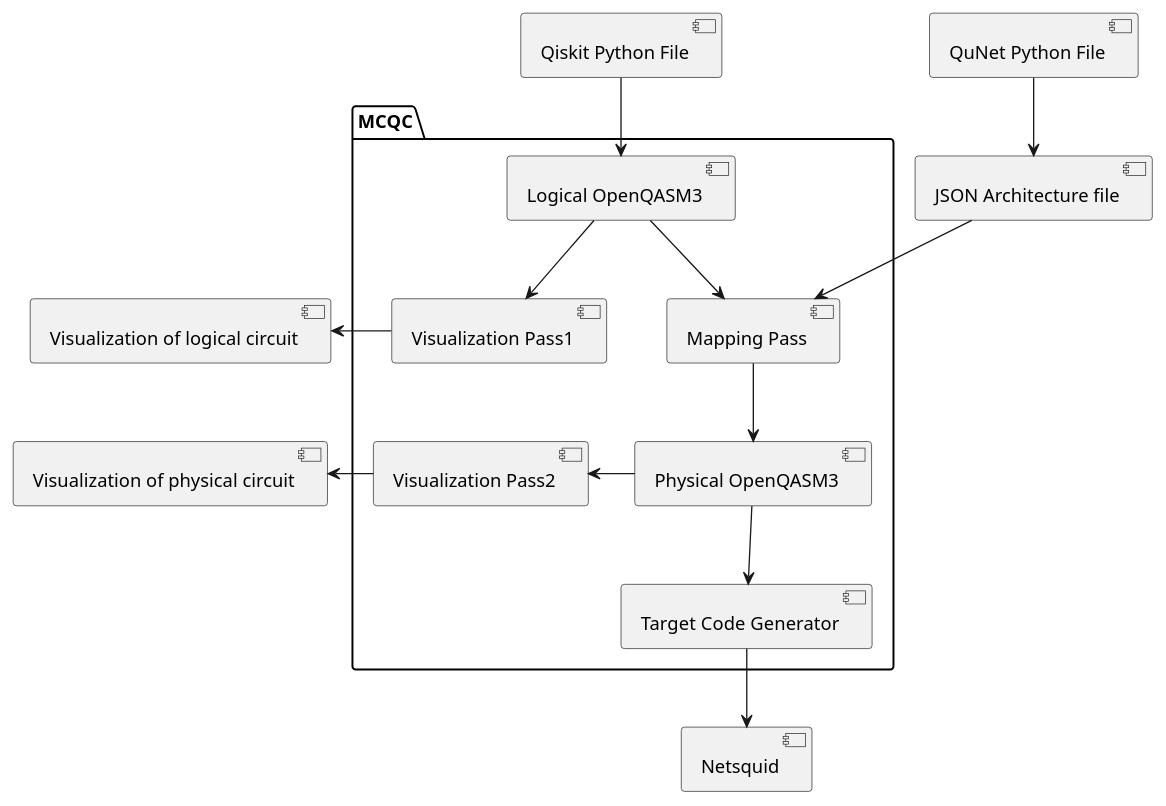
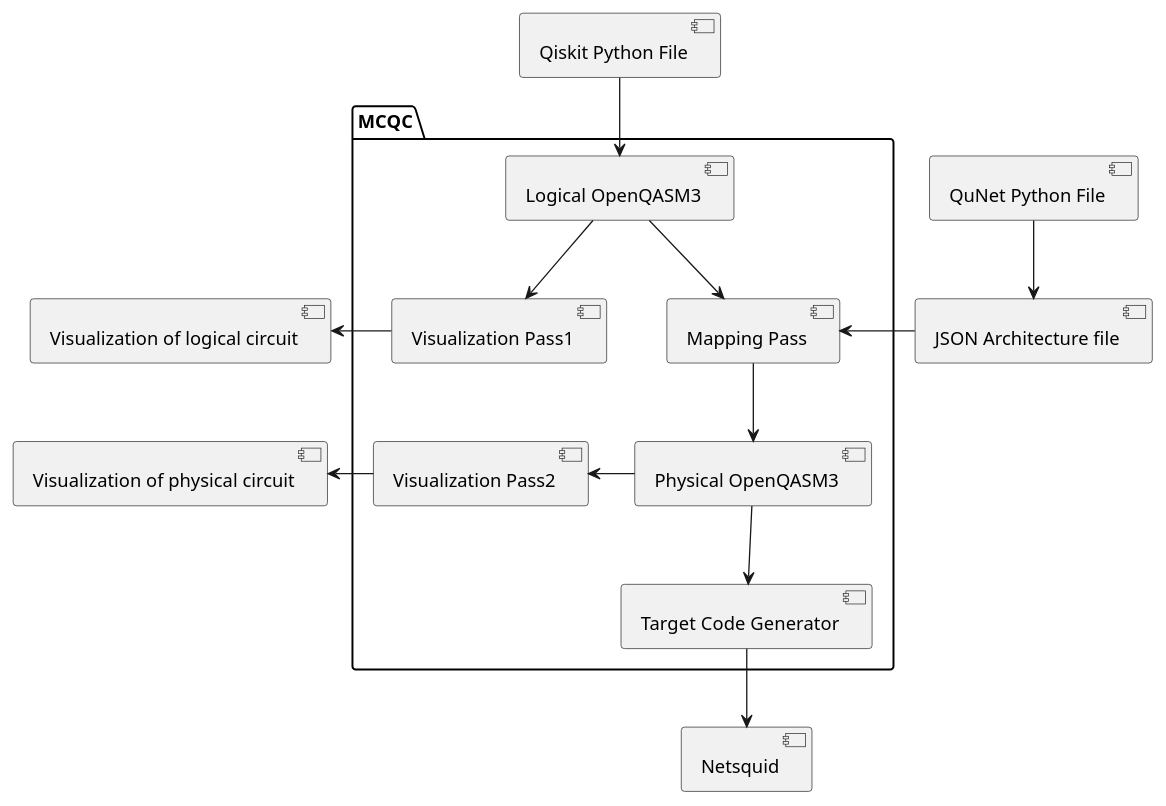
Before and after one commit to alejandrogonzalvo/cquant: the diagram in static/framework.puml, drawn with PlantUML.

Commit message:
change json arrow to left instead of down

```diff
--- a/static/framework.puml
+++ b/static/framework.puml
@@ -1,33 +1,33 @@
 @startuml Framework
 
 component [Qiskit Python File]
 package MCQC {
     component [Logical OpenQASM3]
     component [Visualization Pass1]
     component [Mapping Pass]
     component [Visualization Pass2]
     component [Target Code Generator]
     component [Physical OpenQASM3]
 }
 
 component [QuNet Python File]
 component [JSON Architecture file]
 component Netsquid
 component [Visualization of logical circuit]
 component [Visualization of physical circuit]
 
 
 [Qiskit Python File] -down-> [Logical OpenQASM3]
 [Logical OpenQASM3] -down-> [Visualization Pass1]
 [Visualization Pass1] -left-> [Visualization of logical circuit]
 [Logical OpenQASM3] -down-> [Mapping Pass]
 [Mapping Pass] -down-> [Physical OpenQASM3]
 [Physical OpenQASM3] -left-> [Visualization Pass2]
 [Visualization Pass2] -left-> [Visualization of physical circuit]
 [QuNet Python File] -down-> [JSON Architecture file]
-[JSON Architecture file] -down-> [Mapping Pass]
+[JSON Architecture file] -left-> [Mapping Pass]
 [Physical OpenQASM3] -down-> [Target Code Generator]
 [Target Code Generator] -down-> Netsquid
 
 
 @enduml
```
